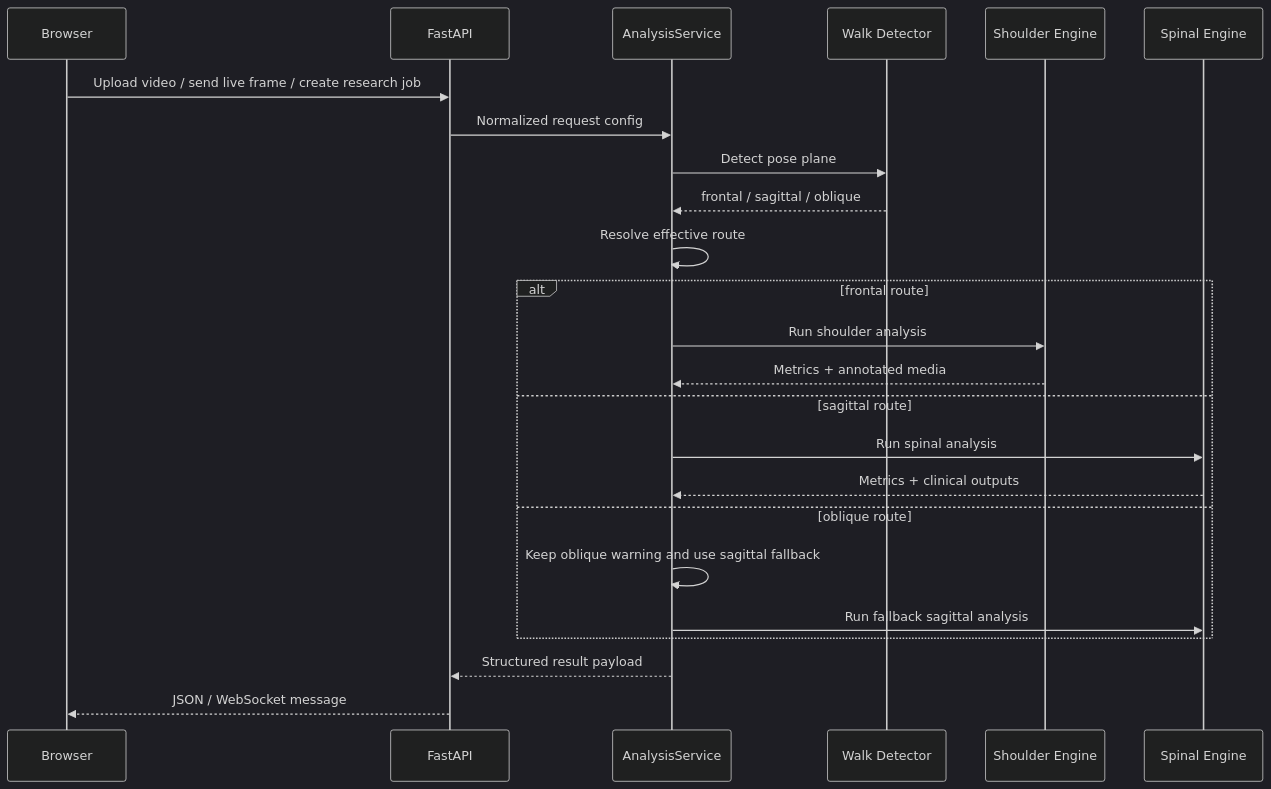
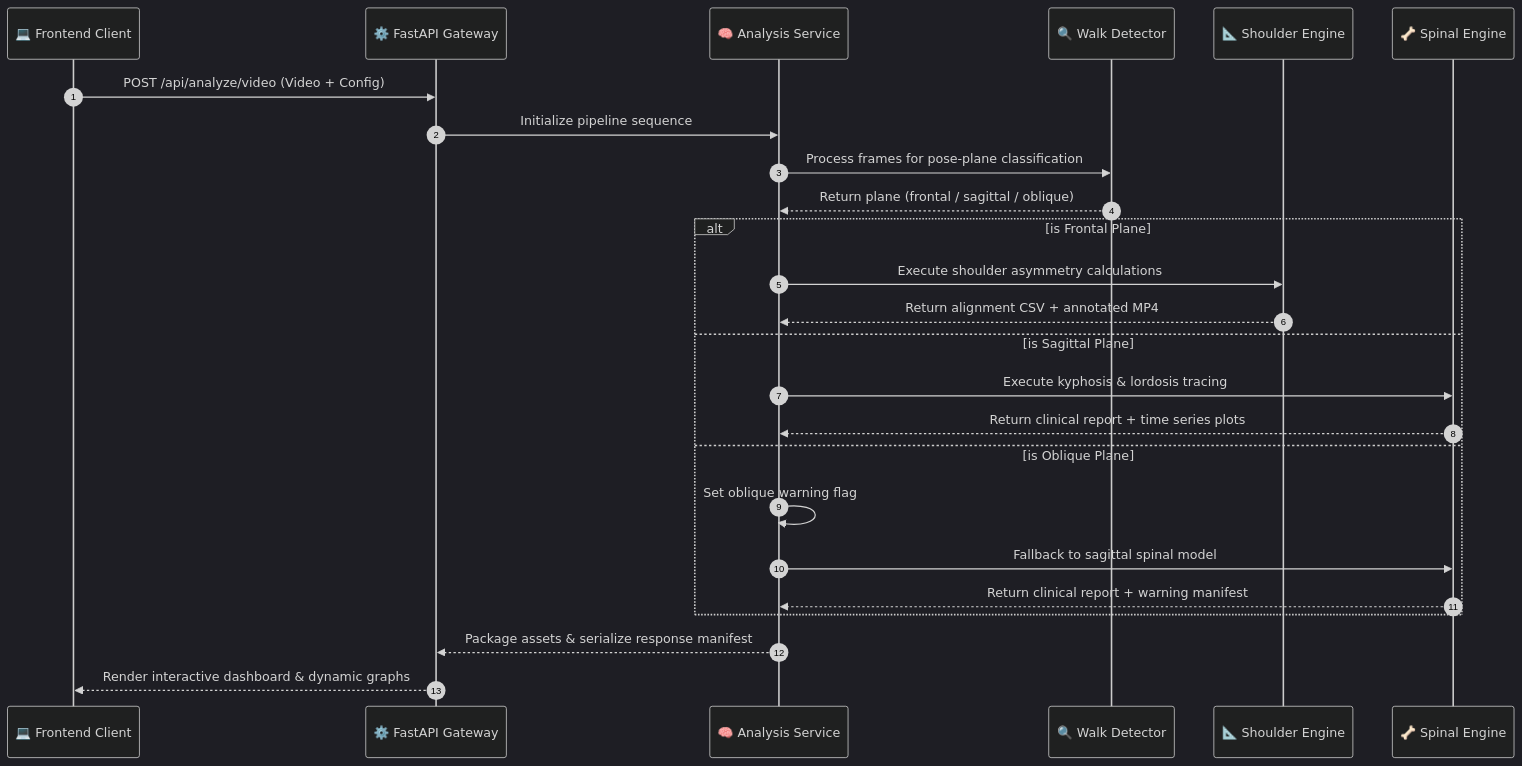
Before and after one commit to maryamkhalid-06/biomechanics-posture-analysis: the second of 2 diagrams in README.md, drawn with Mermaid (dark theme). The commit also changed other lines of this file and 6 other files, not shown here.

````diff
--- a/README.md
+++ b/README.md
@@ -99,27 +104,30 @@
 ```mermaid
 sequenceDiagram
-    participant Browser
-    participant FastAPI
-    participant Service as AnalysisService
-    participant Walk as Walk Detector
-    participant Shoulder as Shoulder Engine
-    participant Spinal as Spinal Engine
+    autonumber
+    participant Browser as 💻 Frontend Client
+    participant API as ⚙️ FastAPI Gateway
+    participant Orchestrator as 🧠 Analysis Service
+    participant Detector as 🔍 Walk Detector
+    participant Shoulder as 📐 Shoulder Engine
+    participant Spinal as 🦴 Spinal Engine
 
-    Browser->>FastAPI: Upload video / send live frame / create research job
-    FastAPI->>Service: Normalized request config
-    Service->>Walk: Detect pose plane
-    Walk-->>Service: frontal / sagittal / oblique
-    Service->>Service: Resolve effective route
-    alt frontal route
-        Service->>Shoulder: Run shoulder analysis
-        Shoulder-->>Service: Metrics + annotated media
-    else sagittal route
-        Service->>Spinal: Run spinal analysis
-        Spinal-->>Service: Metrics + clinical outputs
-    else oblique route
-        Service->>Service: Keep oblique warning and use sagittal fallback
-        Service->>Spinal: Run fallback sagittal analysis
+    Browser->>API: POST /api/analyze/video (Video + Config)
+    API->>Orchestrator: Initialize pipeline sequence
+    Orchestrator->>Detector: Process frames for pose-plane classification
+    Detector-->>Orchestrator: Return plane (frontal / sagittal / oblique)
+    
+    alt is Frontal Plane
+        Orchestrator->>Shoulder: Execute shoulder asymmetry calculations
+        Shoulder-->>Orchestrator: Return alignment CSV + annotated MP4
+    else is Sagittal Plane
+        Orchestrator->>Spinal: Execute kyphosis & lordosis tracing
+        Spinal-->>Orchestrator: Return clinical report + time series plots
+    else is Oblique Plane
+        Orchestrator->>Orchestrator: Set oblique warning flag
+        Orchestrator->>Spinal: Fallback to sagittal spinal model
+        Spinal-->>Orchestrator: Return clinical report + warning manifest
     end
-    Service-->>FastAPI: Structured result payload
-    FastAPI-->>Browser: JSON / WebSocket message
+    
+    Orchestrator-->>API: Package assets & serialize response manifest
+    API-->>Browser: Render interactive dashboard & dynamic graphs
 ```
````
